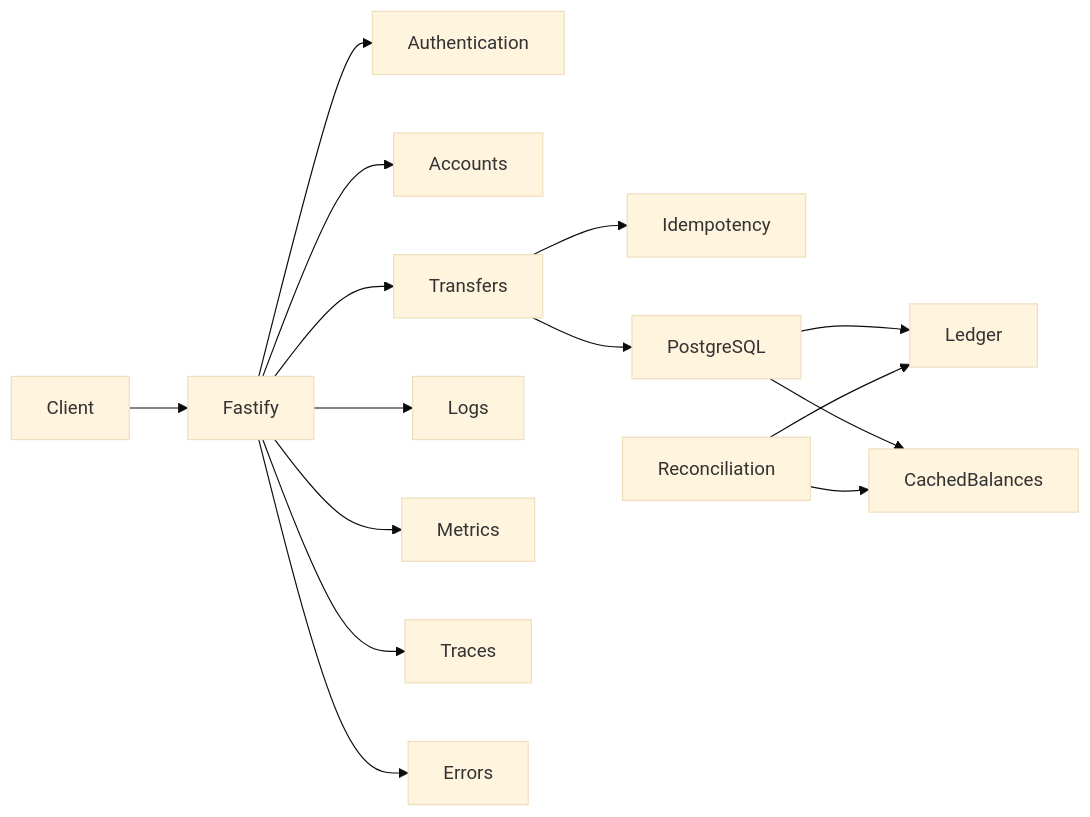
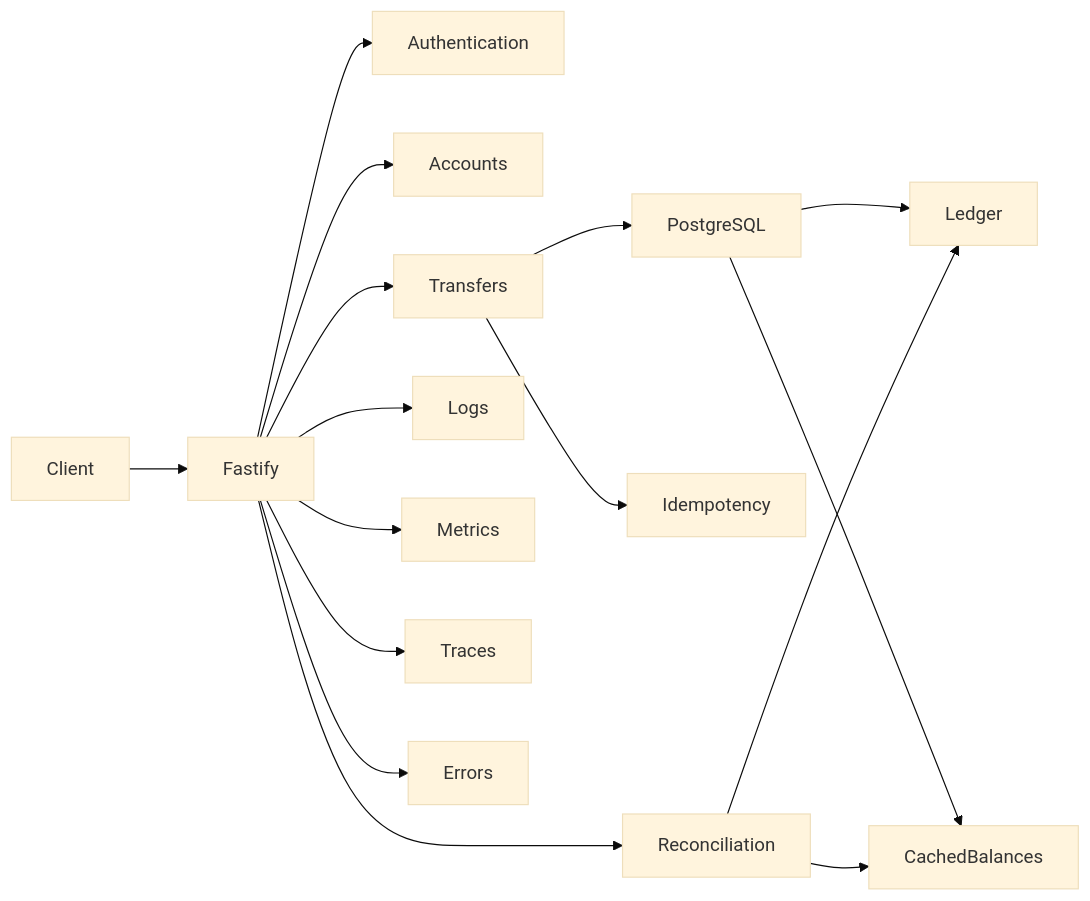
Before and after one commit to loama/supercool-ledger: the second of 2 diagrams in README.md, drawn with Mermaid (base theme). The commit also changed other lines of this file and 8 other files, not shown here.

````diff
--- a/README.md
+++ b/README.md
@@ -69,17 +71,18 @@
 ```mermaid
 flowchart LR
     Client --> Fastify
     Fastify --> Authentication
     Fastify --> Accounts
     Fastify --> Transfers
+    Fastify --> Reconciliation
     Transfers --> Idempotency
     Transfers --> PostgreSQL
     PostgreSQL --> Ledger
     PostgreSQL --> CachedBalances
     Reconciliation --> Ledger
     Reconciliation --> CachedBalances
     Fastify --> Logs
     Fastify --> Metrics
     Fastify --> Traces
     Fastify --> Errors
 ```
````
